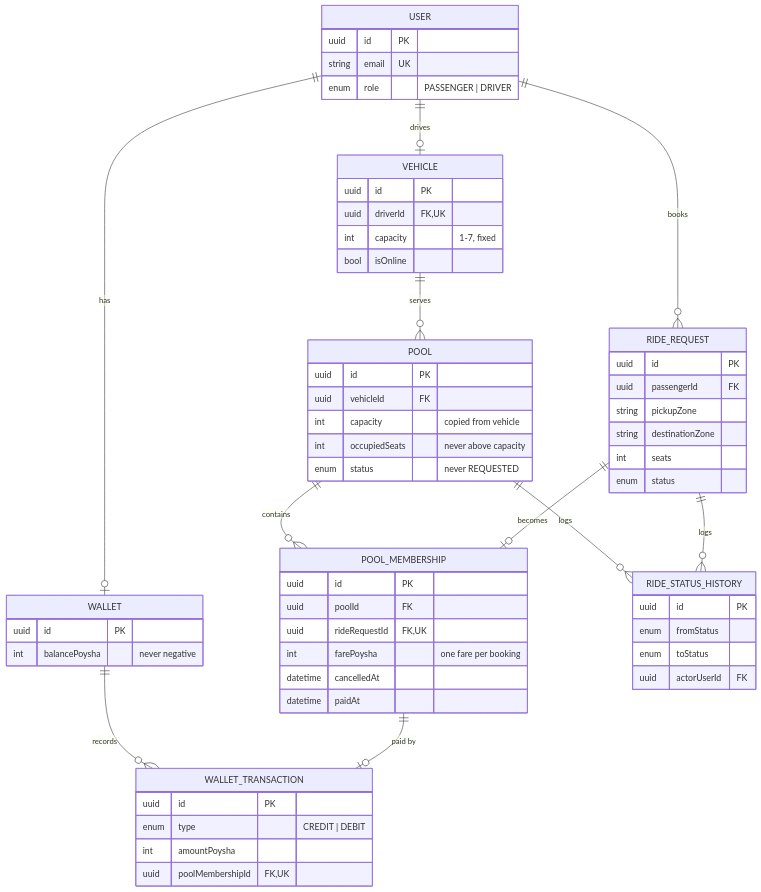
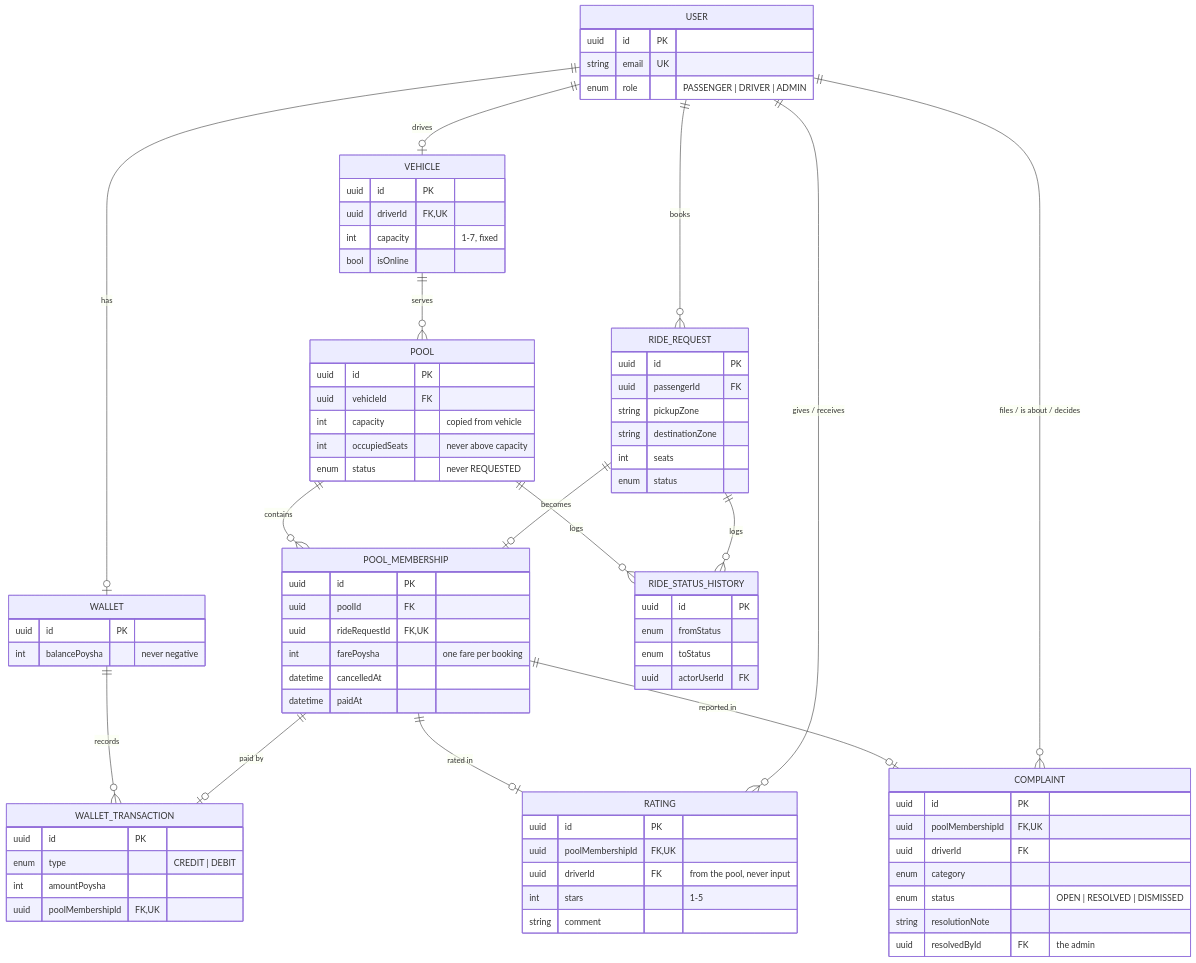
Before and after one commit to kaizen2112/Dhaka-Tesla-Pool: the fourth of 10 diagrams in README.md, drawn with Mermaid. The commit also changed other lines of this file and 15 other files, not shown here.

Commit message:
feat(frontend): admin panel with overview, complaint queue, users and trips

````diff
--- a/README.md
+++ b/README.md
@@ -182,11 +196,15 @@
     RIDE_REQUEST ||--o{ RIDE_STATUS_HISTORY : logs
     WALLET ||--o{ WALLET_TRANSACTION : records
     POOL_MEMBERSHIP ||--o| WALLET_TRANSACTION : "paid by"
+    POOL_MEMBERSHIP ||--o| RATING : "rated in"
+    POOL_MEMBERSHIP ||--o| COMPLAINT : "reported in"
+    USER ||--o{ RATING : "gives / receives"
+    USER ||--o{ COMPLAINT : "files / is about / decides"
 
     USER {
         uuid id PK
         string email UK
-        enum role "PASSENGER | DRIVER"
+        enum role "PASSENGER | DRIVER | ADMIN"
     }
     VEHICLE {
         uuid id PK
@@ -233,4 +251,20 @@
         int amountPoysha
         uuid poolMembershipId FK, UK
     }
+    RATING {
+        uuid id PK
+        uuid poolMembershipId FK, UK
+        uuid driverId FK "from the pool, never input"
+        int stars "1-5"
+        string comment
+    }
+    COMPLAINT {
+        uuid id PK
+        uuid poolMembershipId FK, UK
+        uuid driverId FK
+        enum category
+        enum status "OPEN | RESOLVED | DISMISSED"
+        string resolutionNote
+        uuid resolvedById FK "the admin"
+    }
 ```
````
